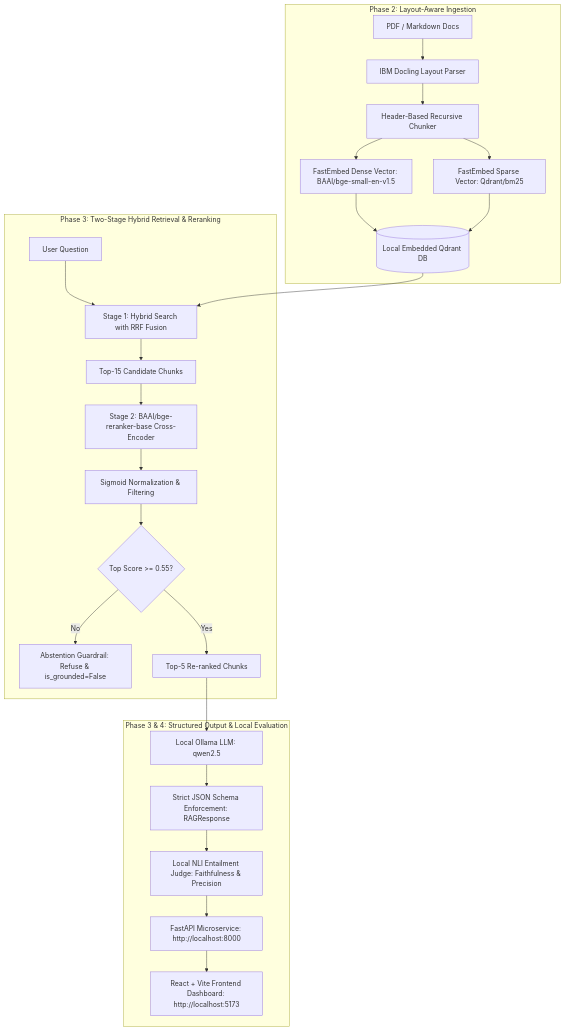
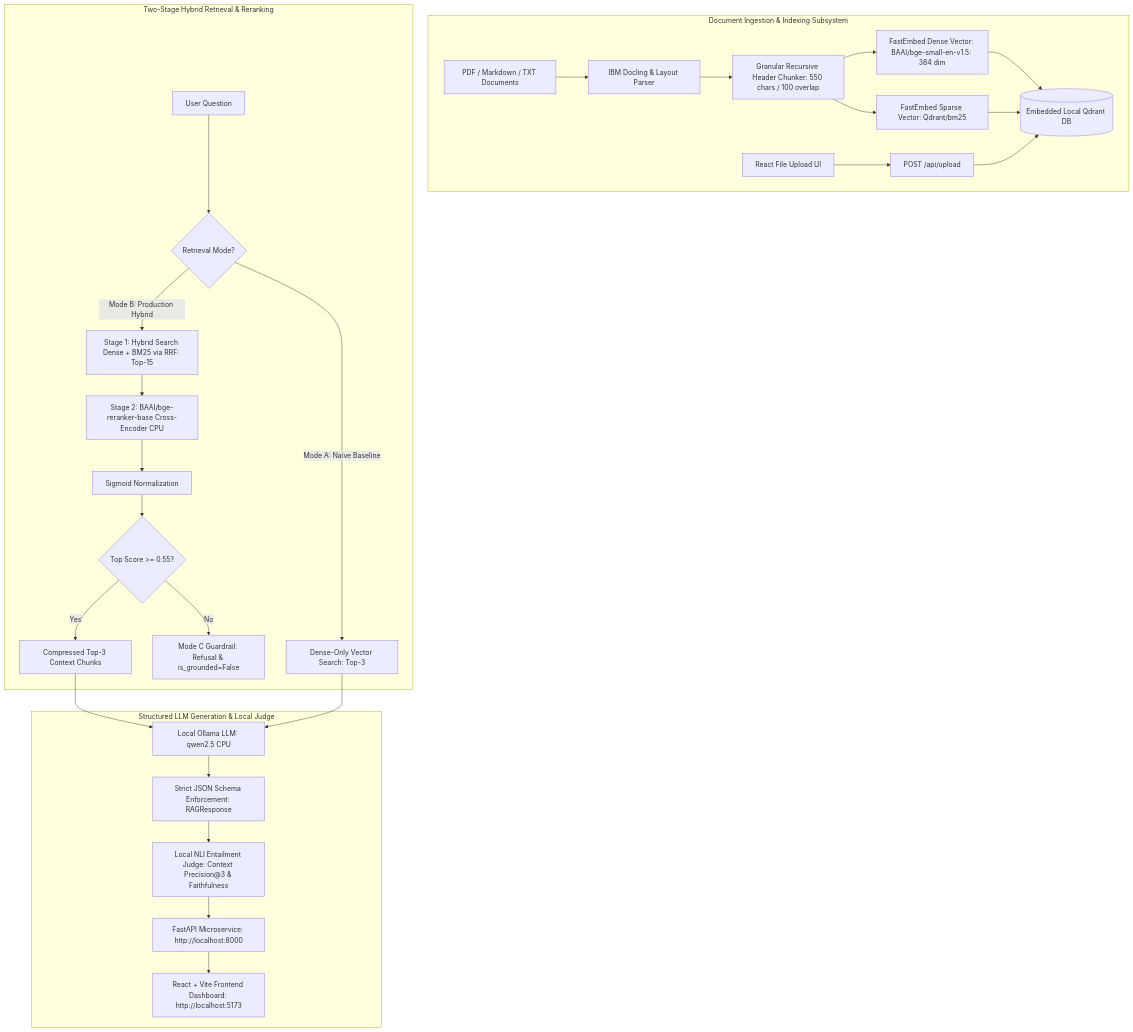
Before and after one commit to LaXfr/Argus-AI: the diagram in README.md, drawn with Mermaid. The commit also changed other lines of this file and 17 other files, not shown here.

````diff
--- a/README.md
+++ b/README.md
@@ -9,30 +9,32 @@
 ```mermaid
 flowchart TD
-    subgraph INGESTION ["Phase 2: Layout-Aware Ingestion"]
-        Doc[PDF / Markdown Docs] --> Docling[IBM Docling Layout Parser]
-        Docling --> Chunk[Header-Based Recursive Chunker]
-        Chunk --> Dense[FastEmbed Dense Vector: BAAI/bge-small-en-v1.5]
+    subgraph INGESTION ["Document Ingestion & Indexing Subsystem"]
+        Doc[PDF / Markdown / TXT Documents] --> Docling[IBM Docling & Layout Parser]
+        Docling --> Chunk[Granular Recursive Header Chunker: 550 chars / 100 overlap]
+        Chunk --> Dense[FastEmbed Dense Vector: BAAI/bge-small-en-v1.5: 384 dim]
         Chunk --> Sparse[FastEmbed Sparse Vector: Qdrant/bm25]
-        Dense --> Qdrant[(Local Embedded Qdrant DB)]
+        Dense --> Qdrant[(Embedded Local Qdrant DB)]
         Sparse --> Qdrant
+        Upload[React File Upload UI] --> API_Upload[POST /api/upload] --> Qdrant
     end
 
-    subgraph RETRIEVAL ["Phase 3: Two-Stage Hybrid Retrieval & Reranking"]
-        Query[User Question] --> QdrantSearch[Stage 1: Hybrid Search with RRF Fusion]
-        Qdrant[(Local Embedded Qdrant DB)] --> QdrantSearch
-        QdrantSearch --> Candidates[Top-15 Candidate Chunks]
-        Candidates --> CrossEnc[Stage 2: BAAI/bge-reranker-base Cross-Encoder]
-        CrossEnc --> Sigmoid[Sigmoid Normalization & Filtering]
+    subgraph RETRIEVAL ["Two-Stage Hybrid Retrieval & Reranking"]
+        Query[User Question] --> ModeChoice{Retrieval Mode?}
+        ModeChoice -- Mode A: Naive Baseline --> DenseOnly[Dense-Only Vector Search: Top-3]
+        ModeChoice -- Mode B: Production Hybrid --> HybridRRF[Stage 1: Hybrid Search Dense + BM25 via RRF: Top-15]
+        HybridRRF --> CrossEnc[Stage 2: BAAI/bge-reranker-base Cross-Encoder CPU]
+        CrossEnc --> Sigmoid[Sigmoid Normalization]
         Sigmoid --> Guardrail{Top Score >= 0.55?}
-        Guardrail -- No --> Abstain[Abstention Guardrail: Refuse & is_grounded=False]
-        Guardrail -- Yes --> Top5[Top-5 Re-ranked Chunks]
+        Guardrail -- No --> Abstain[Mode C Guardrail: Refusal & is_grounded=False]
+        Guardrail -- Yes --> Top3[Compressed Top-3 Context Chunks]
     end
 
-    subgraph GENERATION ["Phase 3 & 4: Structured Output & Local Evaluation"]
-        Top5 --> Ollama[Local Ollama LLM: qwen2.5]
+    subgraph GENERATION ["Structured LLM Generation & Local Judge"]
+        Top3 --> Ollama[Local Ollama LLM: qwen2.5 CPU]
+        DenseOnly --> Ollama
         Ollama --> Pydantic[Strict JSON Schema Enforcement: RAGResponse]
-        Pydantic --> Judge[Local NLI Entailment Judge: Faithfulness & Precision]
+        Pydantic --> Judge[Local NLI Entailment Judge: Context Precision@3 & Faithfulness]
         Judge --> API[FastAPI Microservice: http://localhost:8000]
         API --> UI[React + Vite Frontend Dashboard: http://localhost:5173]
     end
 ```
````
